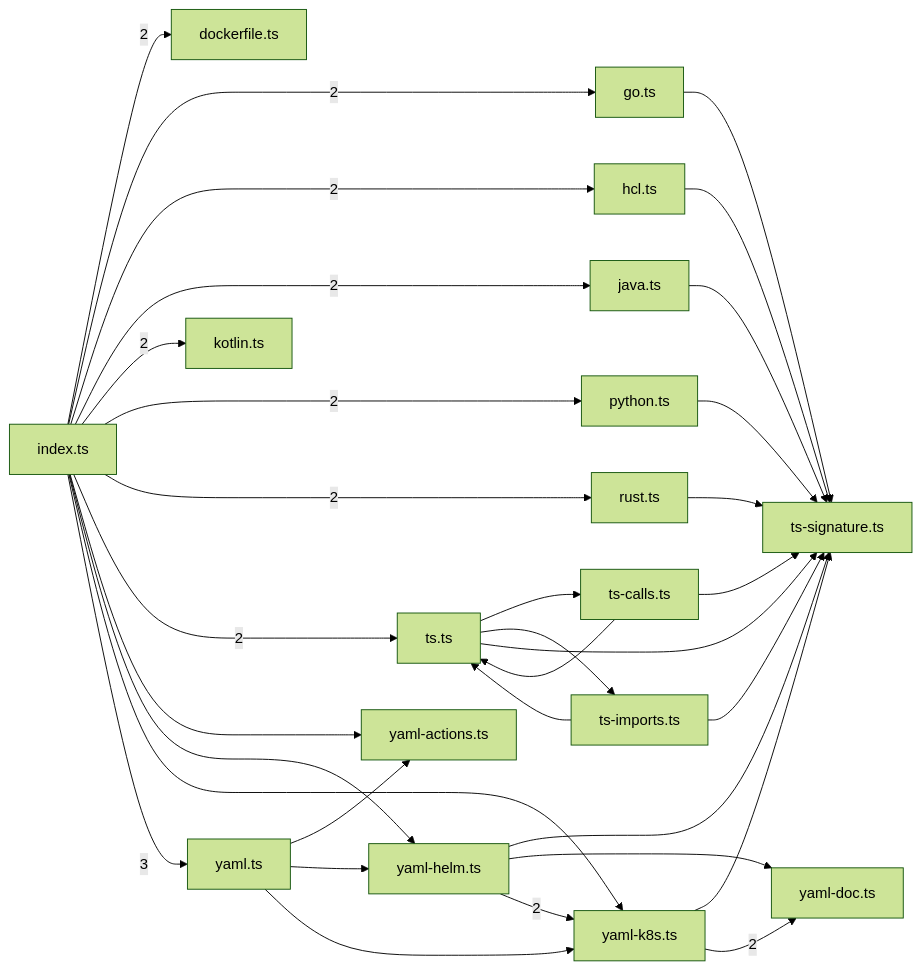
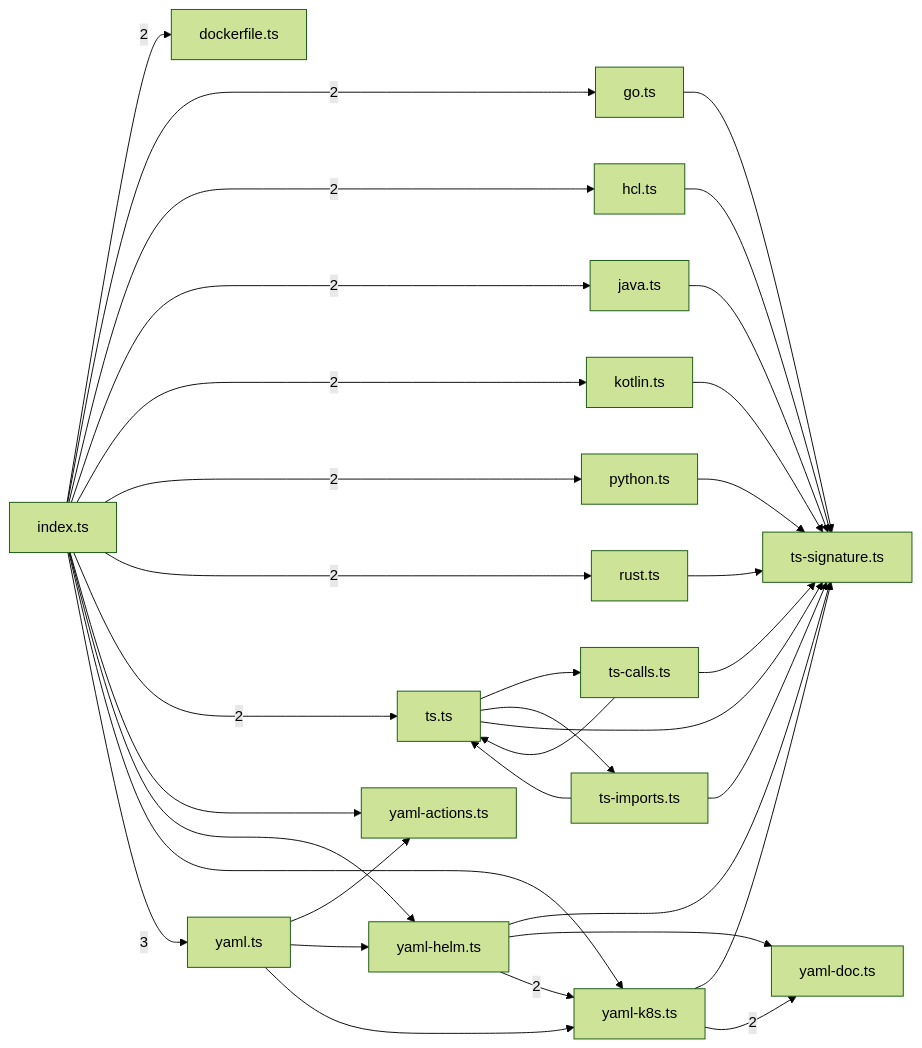
The third of 8 diagrams in .greplost/packages/greplost__core/MAP.md (sns45/greplost), drawn with Mermaid (forest theme) before and after one commit. The commit also changed other lines of this file and 16 other files, not shown here.

````diff
--- a/.greplost/packages/greplost__core/MAP.md
+++ b/.greplost/packages/greplost__core/MAP.md
@@ -233,52 +233,53 @@
 ```mermaid
 graph LR
   packages_core_src_extract_dockerfile_ts["dockerfile.ts"]
   packages_core_src_extract_go_ts["go.ts"]
   packages_core_src_extract_hcl_ts["hcl.ts"]
   packages_core_src_extract_index_ts["index.ts"]
   packages_core_src_extract_java_ts["java.ts"]
   packages_core_src_extract_kotlin_ts["kotlin.ts"]
   packages_core_src_extract_python_ts["python.ts"]
   packages_core_src_extract_rust_ts["rust.ts"]
   packages_core_src_extract_ts_calls_ts["ts-calls.ts"]
   packages_core_src_extract_ts_imports_ts["ts-imports.ts"]
   packages_core_src_extract_ts_signature_ts["ts-signature.ts"]
   packages_core_src_extract_ts_ts["ts.ts"]
   packages_core_src_extract_yaml_actions_ts["yaml-actions.ts"]
   packages_core_src_extract_yaml_doc_ts["yaml-doc.ts"]
   packages_core_src_extract_yaml_helm_ts["yaml-helm.ts"]
   packages_core_src_extract_yaml_k8s_ts["yaml-k8s.ts"]
   packages_core_src_extract_yaml_ts["yaml.ts"]
   packages_core_src_extract_go_ts --> packages_core_src_extract_ts_signature_ts
   packages_core_src_extract_hcl_ts --> packages_core_src_extract_ts_signature_ts
   packages_core_src_extract_index_ts -->|2| packages_core_src_extract_dockerfile_ts
   packages_core_src_extract_index_ts -->|2| packages_core_src_extract_go_ts
   packages_core_src_extract_index_ts -->|2| packages_core_src_extract_hcl_ts
   packages_core_src_extract_index_ts -->|2| packages_core_src_extract_java_ts
   packages_core_src_extract_index_ts -->|2| packages_core_src_extract_kotlin_ts
   packages_core_src_extract_index_ts -->|2| packages_core_src_extract_python_ts
   packages_core_src_extract_index_ts -->|2| packages_core_src_extract_rust_ts
   packages_core_src_extract_index_ts -->|2| packages_core_src_extract_ts_ts
   packages_core_src_extract_index_ts --> packages_core_src_extract_yaml_actions_ts
   packages_core_src_extract_index_ts --> packages_core_src_extract_yaml_helm_ts
   packages_core_src_extract_index_ts --> packages_core_src_extract_yaml_k8s_ts
   packages_core_src_extract_index_ts -->|3| packages_core_src_extract_yaml_ts
   packages_core_src_extract_java_ts --> packages_core_src_extract_ts_signature_ts
+  packages_core_src_extract_kotlin_ts --> packages_core_src_extract_ts_signature_ts
   packages_core_src_extract_python_ts --> packages_core_src_extract_ts_signature_ts
   packages_core_src_extract_rust_ts --> packages_core_src_extract_ts_signature_ts
   packages_core_src_extract_ts_calls_ts --> packages_core_src_extract_ts_signature_ts
   packages_core_src_extract_ts_calls_ts --> packages_core_src_extract_ts_ts
   packages_core_src_extract_ts_imports_ts --> packages_core_src_extract_ts_signature_ts
   packages_core_src_extract_ts_imports_ts --> packages_core_src_extract_ts_ts
   packages_core_src_extract_ts_ts --> packages_core_src_extract_ts_calls_ts
   packages_core_src_extract_ts_ts --> packages_core_src_extract_ts_imports_ts
   packages_core_src_extract_ts_ts --> packages_core_src_extract_ts_signature_ts
   packages_core_src_extract_yaml_helm_ts --> packages_core_src_extract_ts_signature_ts
   packages_core_src_extract_yaml_helm_ts --> packages_core_src_extract_yaml_doc_ts
   packages_core_src_extract_yaml_helm_ts -->|2| packages_core_src_extract_yaml_k8s_ts
   packages_core_src_extract_yaml_k8s_ts --> packages_core_src_extract_ts_signature_ts
   packages_core_src_extract_yaml_k8s_ts -->|2| packages_core_src_extract_yaml_doc_ts
   packages_core_src_extract_yaml_ts --> packages_core_src_extract_yaml_actions_ts
   packages_core_src_extract_yaml_ts --> packages_core_src_extract_yaml_helm_ts
   packages_core_src_extract_yaml_ts --> packages_core_src_extract_yaml_k8s_ts
 ```
````
